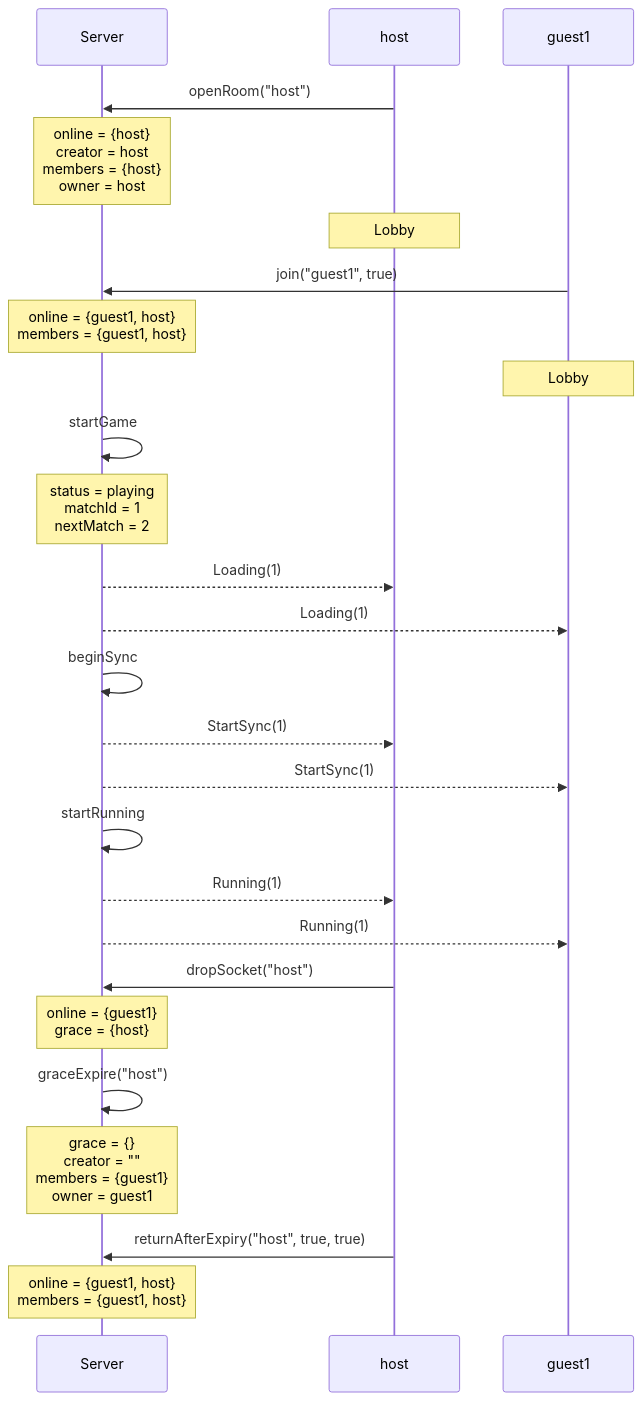
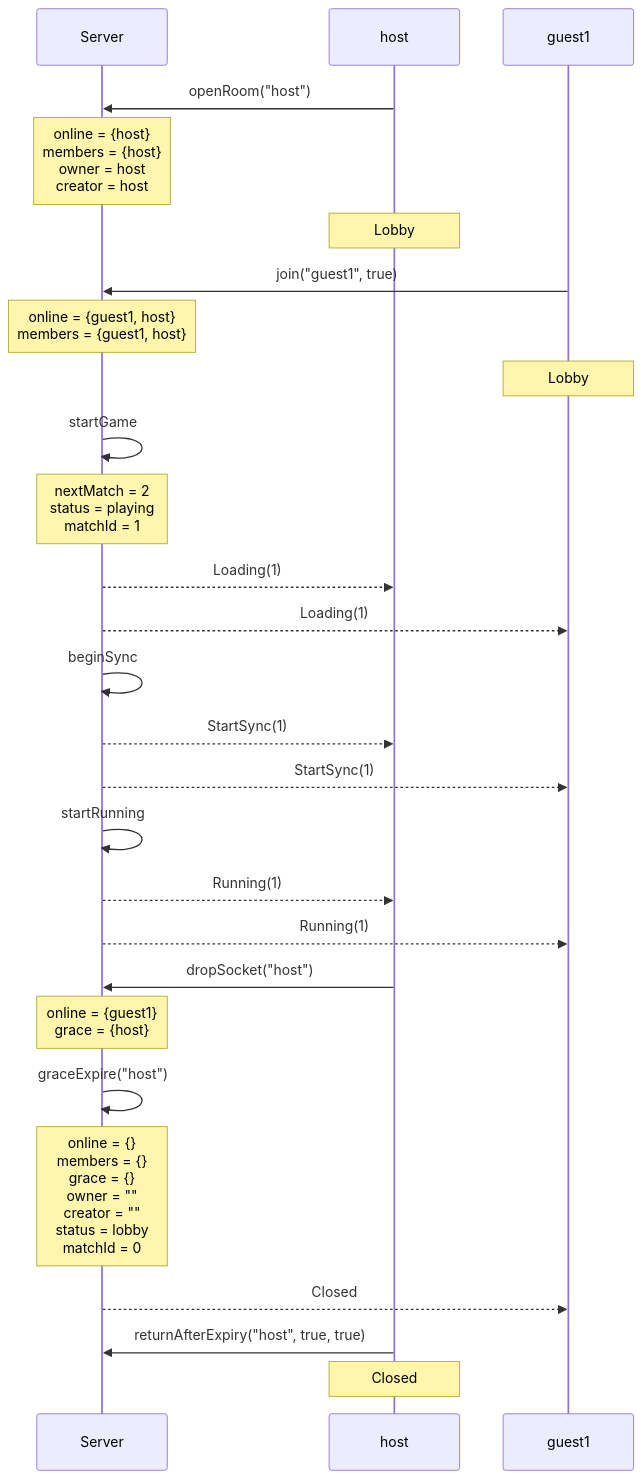
Diagram 19 of 41 in docs/spec-traces.md (kwilson21/kaillera-next), drawn with Mermaid before and after one commit. The commit also changed other lines of this file and 102 other files, not shown here.

````diff
--- a/docs/spec-traces.md
+++ b/docs/spec-traces.md
@@ -167,28 +416,29 @@
 ```mermaid
 sequenceDiagram
   participant Server
   participant host
   participant guest1
   host->>Server: openRoom("host")
-  Note over Server: online = {host}<br/>creator = host<br/>members = {host}<br/>owner = host
+  Note over Server: online = {host}<br/>members = {host}<br/>owner = host<br/>creator = host
   Note over host: Lobby
   guest1->>Server: join("guest1", true)
   Note over Server: online = {guest1, host}<br/>members = {guest1, host}
   Note over guest1: Lobby
   Server->>Server: startGame
-  Note over Server: status = playing<br/>matchId = 1<br/>nextMatch = 2
+  Note over Server: nextMatch = 2<br/>status = playing<br/>matchId = 1
   Server-->>host: Loading(1)
   Server-->>guest1: Loading(1)
   Server->>Server: beginSync
   Server-->>host: StartSync(1)
   Server-->>guest1: StartSync(1)
   Server->>Server: startRunning
   Server-->>host: Running(1)
   Server-->>guest1: Running(1)
   host->>Server: dropSocket("host")
   Note over Server: online = {guest1}<br/>grace = {host}
   Server->>Server: graceExpire("host")
-  Note over Server: grace = {}<br/>creator = ""<br/>members = {guest1}<br/>owner = guest1
+  Note over Server: online = {}<br/>members = {}<br/>grace = {}<br/>owner = ""<br/>creator = ""<br/>status = lobby<br/>matchId = 0
+  Server-->>guest1: Closed
   host->>Server: returnAfterExpiry("host", true, true)
-  Note over Server: online = {guest1, host}<br/>members = {guest1, host}
+  Note over host: Closed
 ```
````
